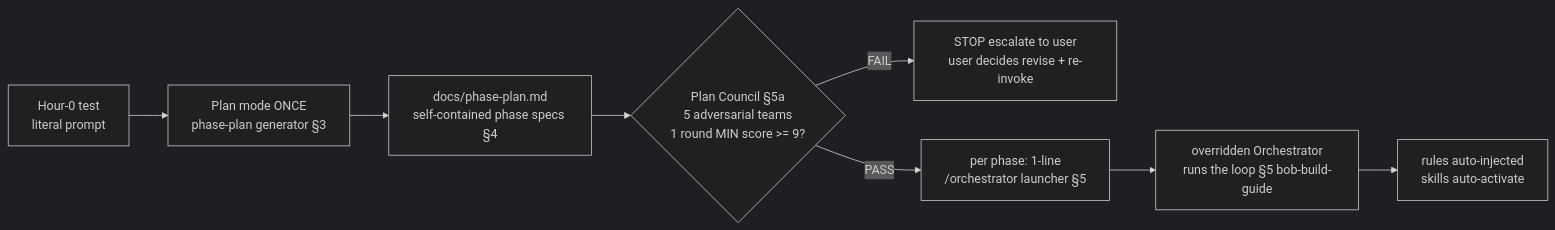
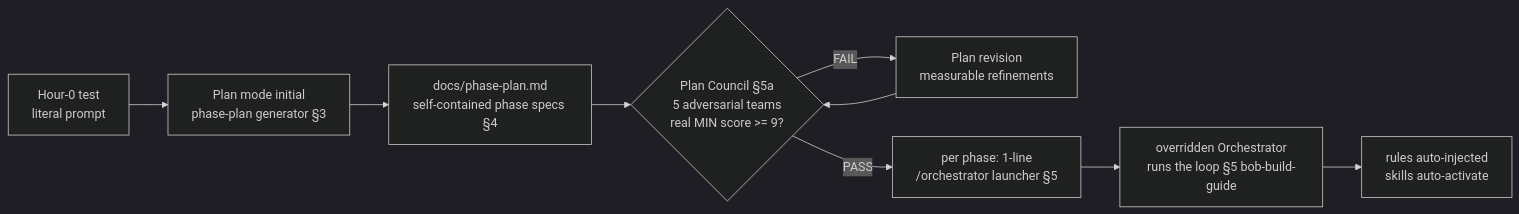
The diagram in docs/bob-prompts.md (chirombokent/oss-preflight), drawn with Mermaid (dark theme) before and after one commit. The commit also changed other lines of this file and 12 other files, not shown here.

Commit message:
Add phase plan using bob

````diff
--- a/docs/bob-prompts.md
+++ b/docs/bob-prompts.md
@@ -9,10 +9,11 @@
 ```mermaid
 flowchart LR
   H[Hour-0 test<br/>literal prompt] --> G
-  G[Plan mode ONCE<br/>phase-plan generator §3] --> P[docs/phase-plan.md<br/>self-contained phase specs §4]
-  P --> C{Plan Council §5a<br/>5 adversarial teams<br/>1 round MIN score >= 9?}
-  C -- FAIL --> Esc[STOP escalate to user<br/>user decides revise + re-invoke]
+  G[Plan mode initial<br/>phase-plan generator §3] --> P[docs/phase-plan.md<br/>self-contained phase specs §4]
+  P --> C{Plan Council §5a<br/>5 adversarial teams<br/>real MIN score >= 9?}
+  C -- FAIL --> V[Plan revision<br/>measurable refinements]
+  V --> C
   C -- PASS --> L[per phase: 1-line<br/>/orchestrator launcher §5]
   L --> O[overridden Orchestrator<br/>runs the loop §5 bob-build-guide]
   O --> R[rules auto-injected<br/>skills auto-activate]
 ```
````
